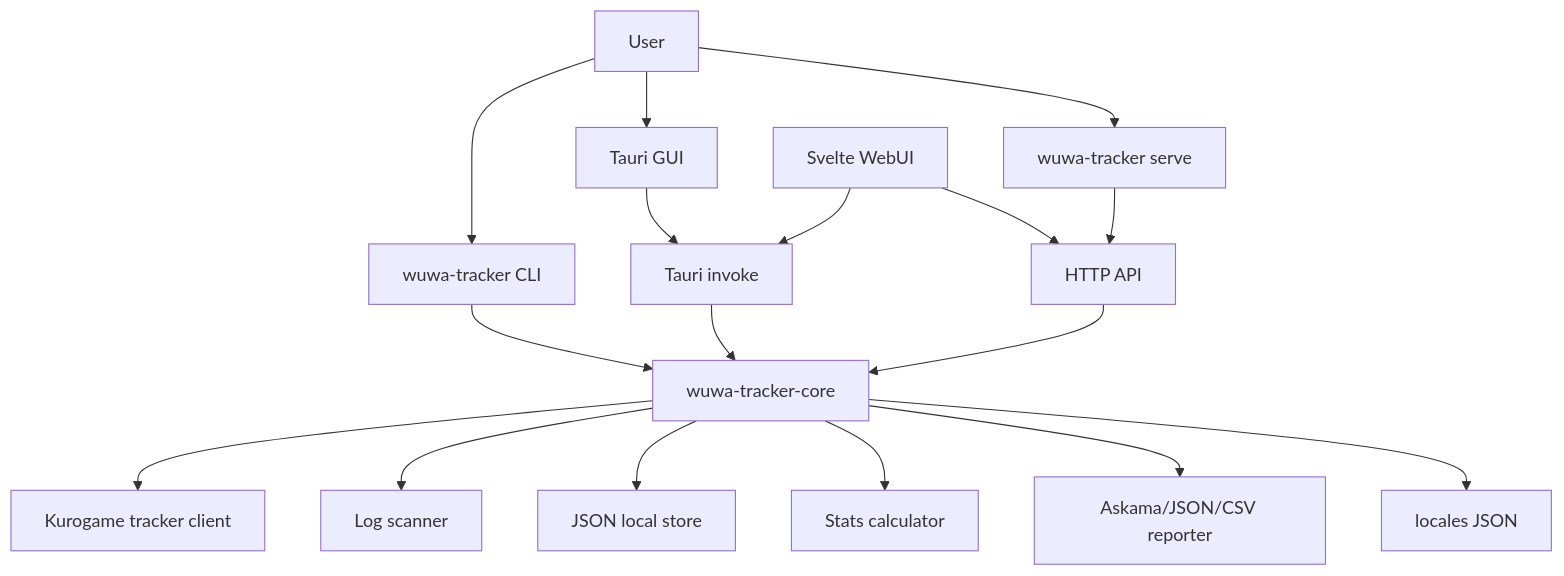
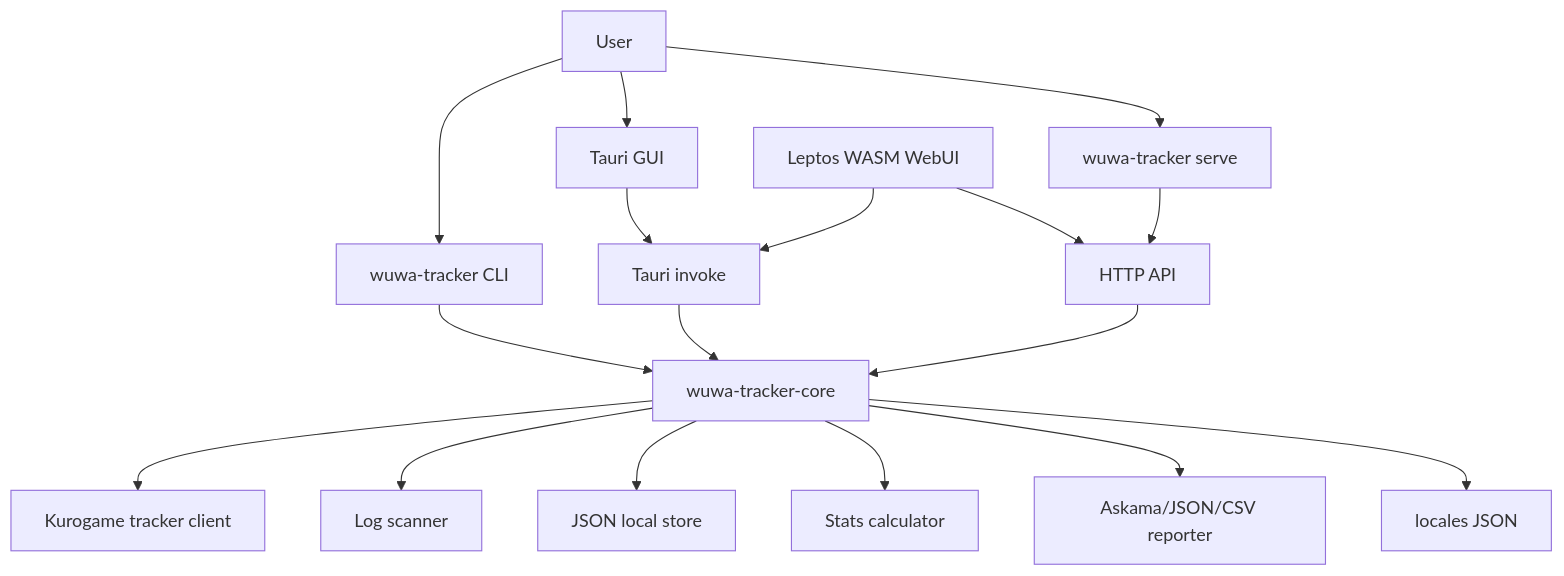
Before and after one commit to meteormin/wuwa-tracker: the diagram in DESIGN.md, drawn with Mermaid. The commit also changed other lines of this file and 45 other files, not shown here.

Commit message:
feat: replace Svelte frontend with Rust WASM

````diff
--- a/DESIGN.md
+++ b/DESIGN.md
@@ -9,19 +9,19 @@
 ```mermaid
 flowchart TD
     User["User"] --> CLI["wuwa-tracker CLI"]
     User --> GUI["Tauri GUI"]
     User --> Server["wuwa-tracker serve"]
     GUI --> Invoke["Tauri invoke"]
-    WebUI["Svelte WebUI"] --> Invoke
+    WebUI["Leptos WASM WebUI"] --> Invoke
     WebUI --> HTTP["HTTP API"]
     Server --> HTTP
     CLI --> Core["wuwa-tracker-core"]
     Invoke --> Core
     HTTP --> Core
     Core --> Tracker["Kurogame tracker client"]
     Core --> Scanner["Log scanner"]
     Core --> Store["JSON local store"]
     Core --> Stats["Stats calculator"]
     Core --> Reporter["Askama/JSON/CSV reporter"]
     Core --> Locales["locales JSON"]
 ```
````
